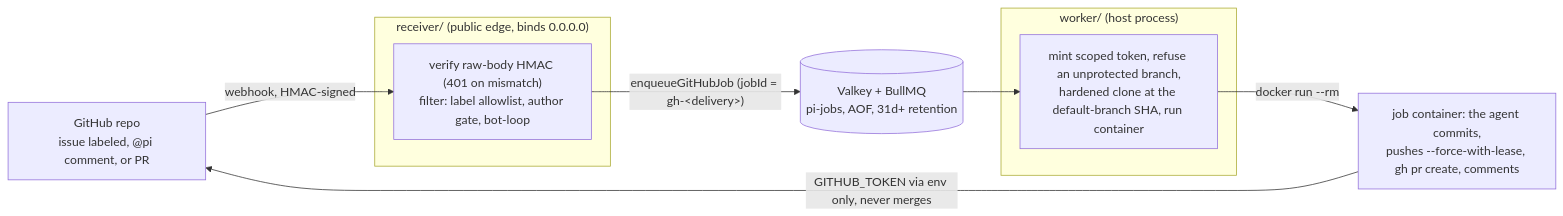
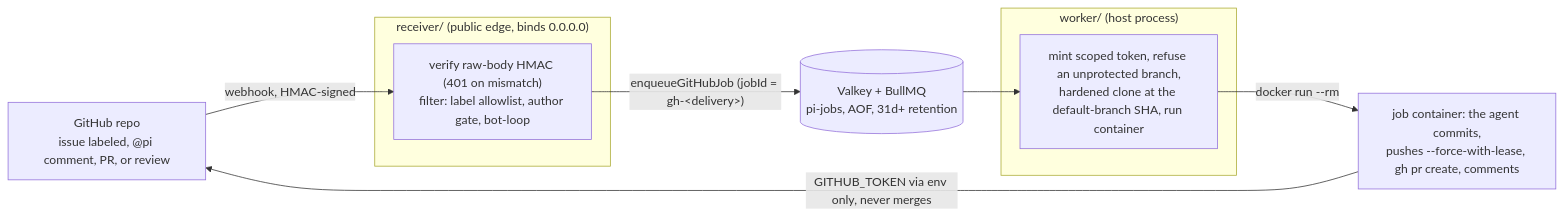
Before and after one commit to edgehero/pi-dispatch: the second of 2 diagrams in README.md, drawn with Mermaid. The commit also changed other lines of this file and 26 other files, not shown here.

````diff
--- a/README.md
+++ b/README.md
@@ -388,14 +406,14 @@
 ```mermaid
 flowchart LR
-  GH["GitHub repo<br/>issue labeled, @pi comment, or PR"] -->|"webhook, HMAC-signed"| R
+  GH["GitHub repo<br/>issue labeled, @pi comment, PR, or review"] -->|"webhook, HMAC-signed"| R
   subgraph EDGE["receiver/ (public edge, binds 0.0.0.0)"]
     R["verify raw-body HMAC (401 on mismatch)<br/>filter: label allowlist, author gate, bot-loop"]
   end
   R -->|"enqueueGitHubJob (jobId = gh-&lt;delivery&gt;)"| Q[("Valkey + BullMQ<br/>pi-jobs, AOF, 31d+ retention")]
   subgraph HOST["worker/ (host process)"]
     W["mint scoped token, refuse an unprotected branch,<br/>hardened clone at the default-branch SHA, run container"]
   end
   Q --> W
   W -->|"docker run --rm"| C["job container: the agent commits,<br/>pushes --force-with-lease, gh pr create, comments"]
   C -->|"GITHUB_TOKEN via env only, never merges"| GH
 ```
````
